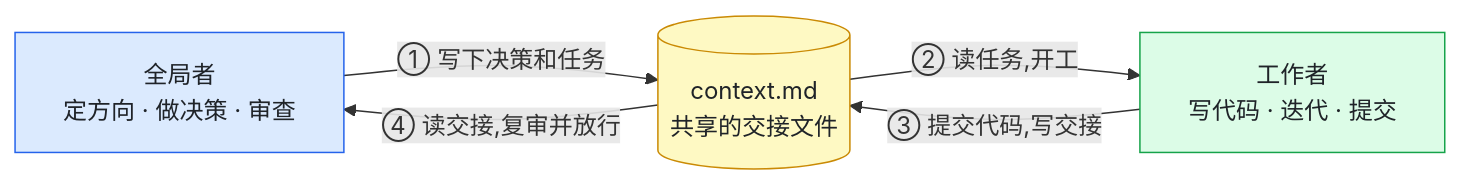
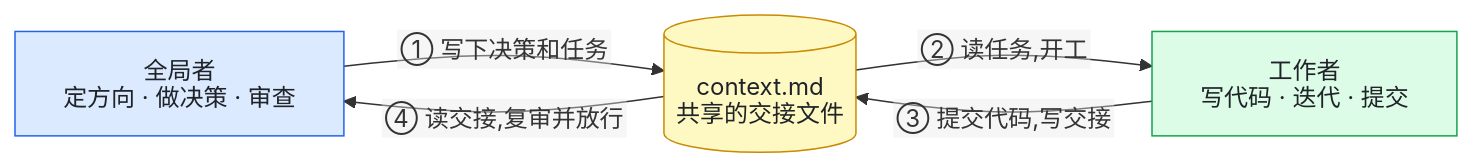
The second of 2 diagrams in README.md (Haven16262/dual-model-workflow), drawn with Mermaid before and after one commit. The commit also changed other lines of this file and 2 other files, not shown here.

Commit message:
export: sync from private @ 559845d

````diff
--- a/README.md
+++ b/README.md
@@ -420,19 +420,19 @@
 ```mermaid
-%%{init: {"flowchart": {"padding": 16}}}%%
+%%{init: {"htmlLabels": false, "flowchart": {"htmlLabels": false, "padding": 16}}}%%
 flowchart LR
     O["全局者<br/>定方向 · 做决策 · 审查"]
     CTX[("context.md<br/>共享的交接文件")]
     W["工作者<br/>写代码 · 迭代 · 提交"]
 
     O -->|"① 写下决策和任务"| CTX
     CTX -->|"② 读任务,开工"| W
     W -->|"③ 提交代码,写交接"| CTX
     CTX -->|"④ 读交接,复审并放行"| O
 
     classDef overseer fill:#dbeafe,stroke:#2563eb,color:#1f2328
     classDef worker fill:#dcfce7,stroke:#16a34a,color:#1f2328
     classDef file fill:#fef9c3,stroke:#ca8a04,color:#1f2328
     class O overseer
     class W worker
     class CTX file
 ```
````
